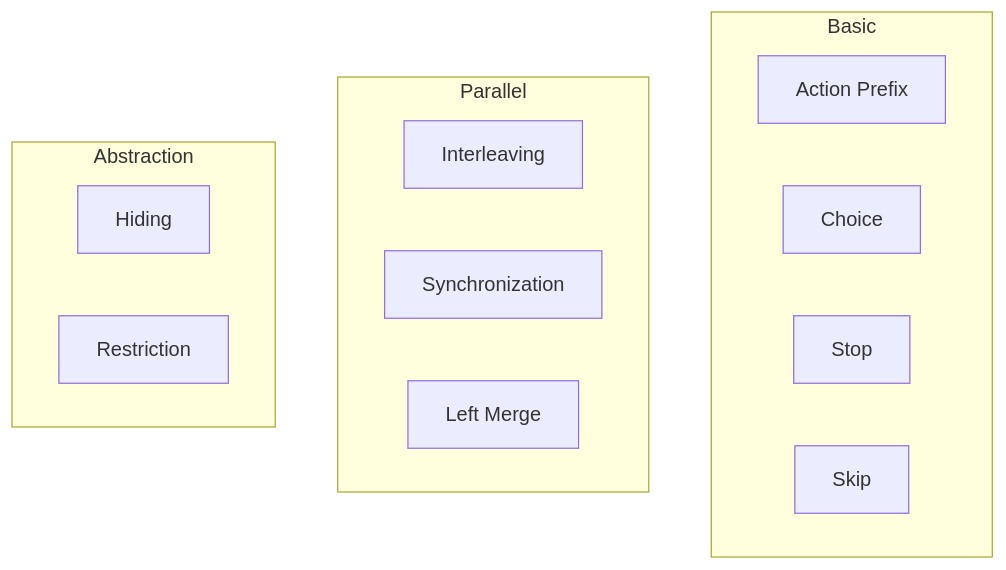
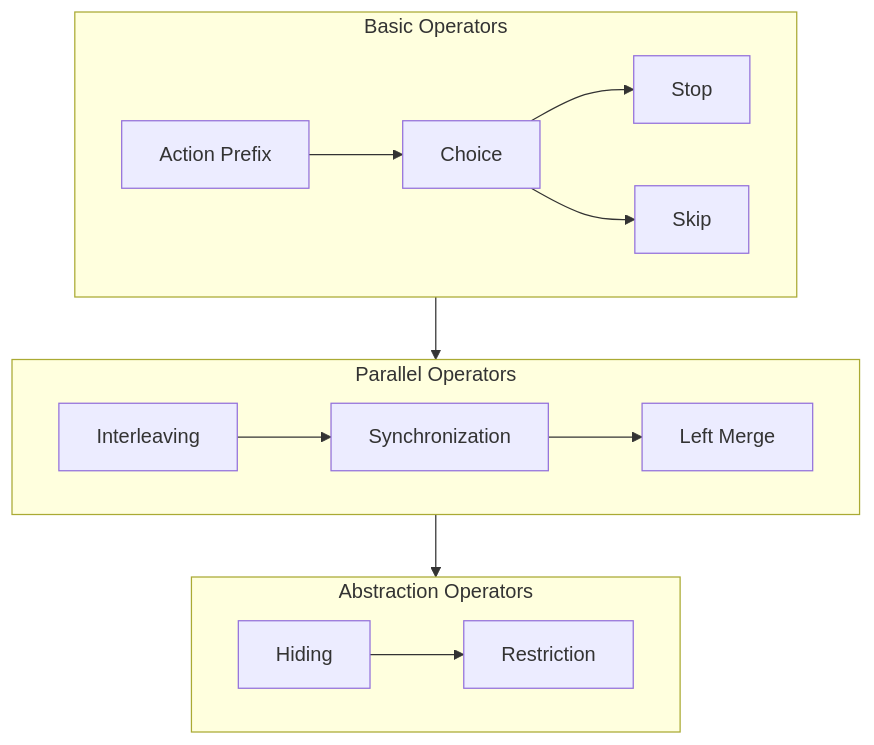
Before and after one commit to yshaaban/pa: the third of 9 diagrams in process-algebra-verifier/docs/theory.md, drawn with Mermaid. The commit also changed other lines of this file, not shown here.

First line of the commit message:
fix: further improve theory.md mermaid diagrams

````diff
--- a/process-algebra-verifier/docs/theory.md
+++ b/process-algebra-verifier/docs/theory.md
@@ -59,30 +58,32 @@
 ```mermaid
 graph TB
-    Prefix[Action Prefix]
-    Choice[Choice]
-    Stop[Stop]
-    Skip[Skip]
-    Inter[Interleaving]
-    Sync[Synchronization]
-    Left[Left Merge]
-    Hide[Hiding]
-    Restrict[Restriction]
-
-    subgraph Basic
-        Prefix
-        Choice
-        Stop
-        Skip
+    subgraph Basic[Basic Operators]
+        direction LR
+        Prefix[Action Prefix]
+        Choice[Choice]
+        Stop[Stop]
+        Skip[Skip]
+        Prefix --> Choice
+        Choice --> Stop
+        Choice --> Skip
     end
 
-    subgraph Parallel
-        Inter
-        Sync
-        Left
+    subgraph Parallel[Parallel Operators]
+        direction LR
+        Inter[Interleaving]
+        Sync[Synchronization]
+        Left[Left Merge]
+        Inter --> Sync
+        Sync --> Left
     end
 
-    subgraph Abstraction
-        Hide
-        Restrict
+    subgraph Abstraction[Abstraction Operators]
+        direction LR
+        Hide[Hiding]
+        Restrict[Restriction]
+        Hide --> Restrict
     end
+
+    Basic --> Parallel
+    Parallel --> Abstraction
 ```
````
